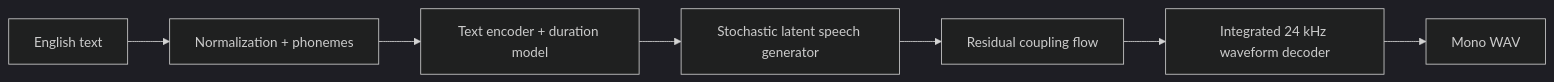
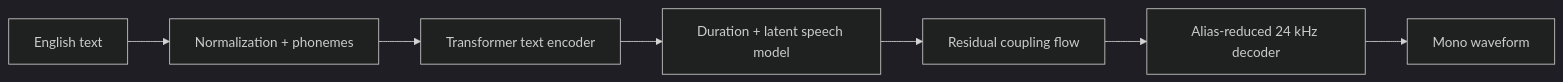
The diagram in README.md (ryouiki/Inflect), drawn with Mermaid (dark theme) before and after one commit. The commit also changed other lines of this file and 25 other files, not shown here.

````diff
--- a/README.md
+++ b/README.md
@@ -152,9 +158,9 @@
 ```mermaid
 flowchart LR
   A["English text"] --> B["Normalization + phonemes"]
-  B --> C["Text encoder + duration model"]
-  C --> D["Stochastic latent speech generator"]
+  B --> C["Transformer text encoder"]
+  C --> D["Duration + latent speech model"]
   D --> E["Residual coupling flow"]
-  E --> F["Integrated 24 kHz waveform decoder"]
-  F --> G["Mono WAV"]
+  E --> F["Alias-reduced 24 kHz decoder"]
+  F --> G["Mono waveform"]
 ```
````
